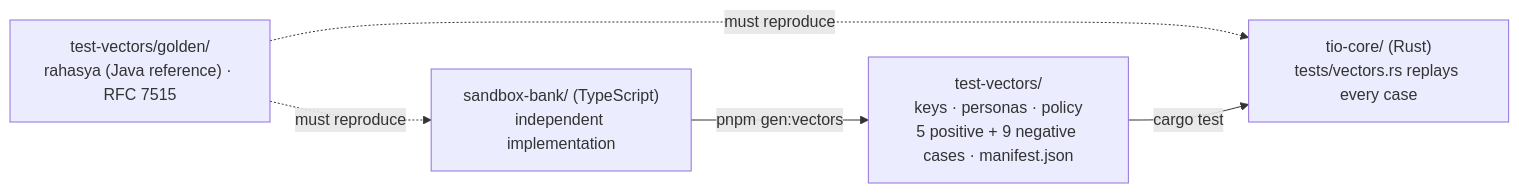
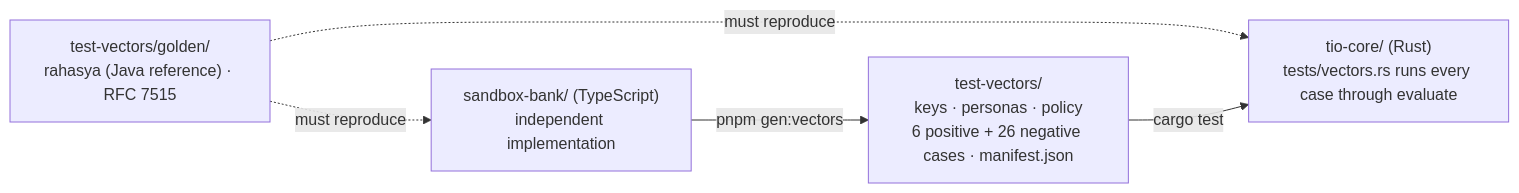
The second of 2 diagrams in README.md (pandaa880/tee-income-oracle), drawn with Mermaid before and after one commit. The commit also changed other lines of this file and 179 other files, not shown here.

First line of the commit message:
feat(tio-core): add evaluate pipeline and attestation payload (#18)

````diff
--- a/README.md
+++ b/README.md
@@ -56,12 +56,12 @@
 ```mermaid
 flowchart LR
   GOLD["test-vectors/golden/<br/>rahasya (Java reference) · RFC 7515"]
   TS["sandbox-bank/ (TypeScript)<br/>independent implementation"]
-  TV["test-vectors/<br/>keys · personas · policy<br/>5 positive + 9 negative cases · manifest.json"]
-  RS["tio-core/ (Rust)<br/>tests/vectors.rs replays every case"]
+  TV["test-vectors/<br/>keys · personas · policy<br/>6 positive + 26 negative cases · manifest.json"]
+  RS["tio-core/ (Rust)<br/>tests/vectors.rs runs every case through evaluate"]
 
   GOLD -. "must reproduce" .-> TS
   GOLD -. "must reproduce" .-> RS
   TS -- "pnpm gen:vectors" --> TV
   TV -- "cargo test" --> RS
 ```
````
